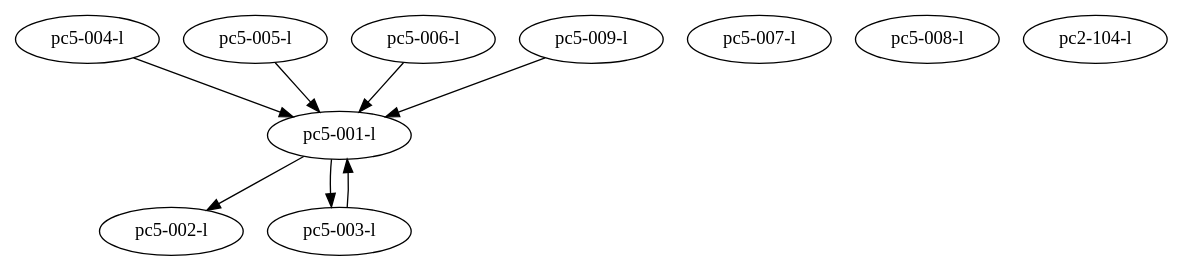
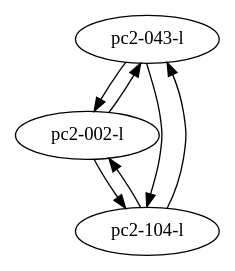
Before and after one commit to lwehmeier/cs4103-node: the diagram in network.dot, drawn with Graphviz. The commit also changed 11 other files, not shown here.

```diff
--- a/network.dot
+++ b/network.dot
@@ -1,20 +1,12 @@
 digraph {
-graph [name="graphname"]
-a[label="pc5-001-l"];
-b[label="pc5-002-l"];
-c[label="pc5-003-l"];
-d[label="pc5-004-l"];
-e[label="pc5-005-l"];
-f[label="pc5-006-l"];
-g[label="pc5-007-l"];
-h[label="pc5-008-l"];
-i[label="pc5-009-l"];
-j[label="pc2-104-l"];
+graph [name="networkGraph"]
+a[label="pc2-043-l"];
+b[label="pc2-002-l"];
+c[label="pc2-104-l"];
 a->b
 a->c
 c->a;
-d->a;
-e->a;
-f->a;
-i->a;
+c->b;
+b->a;
+b->c;
 }
```
